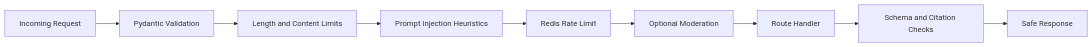
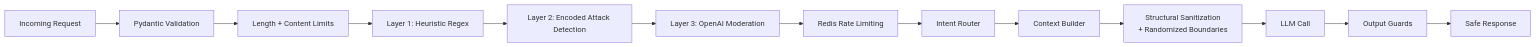
One commit to Fejjii/Career-Consultant-Platform changed the diagram in docs/security.md. Above: the diagram before and after it, drawn with Mermaid. The commit also changed other lines of this file and 69 other files, not shown here.

````diff
--- a/docs/security.md
+++ b/docs/security.md
@@ -5,11 +5,15 @@
 ```mermaid
 flowchart LR
-  req[Incoming Request] --> v[Pydantic Validation]
-  v --> len[Length and Content Limits]
-  len --> pi[Prompt Injection Heuristics]
-  pi --> rl[Redis Rate Limit]
-  rl --> mod[Optional Moderation]
-  mod --> handler[Route Handler]
-  handler --> og[Schema and Citation Checks]
-  og --> resp[Safe Response]
+    req["Incoming Request"] --> val["Pydantic Validation"]
+    val --> len["Length + Content Limits"]
+    len --> L1["Layer 1: Heuristic Regex"]
+    L1 --> L2["Layer 2: Encoded Attack Detection"]
+    L2 --> L3["Layer 3: OpenAI Moderation"]
+    L3 --> rl["Redis Rate Limiting"]
+    rl --> router["Intent Router"]
+    router --> ctx["Context Builder"]
+    ctx --> san["Structural Sanitization<br/>+ Randomized Boundaries"]
+    san --> llm["LLM Call"]
+    llm --> og["Output Guards"]
+    og --> resp["Safe Response"]
 ```
````
